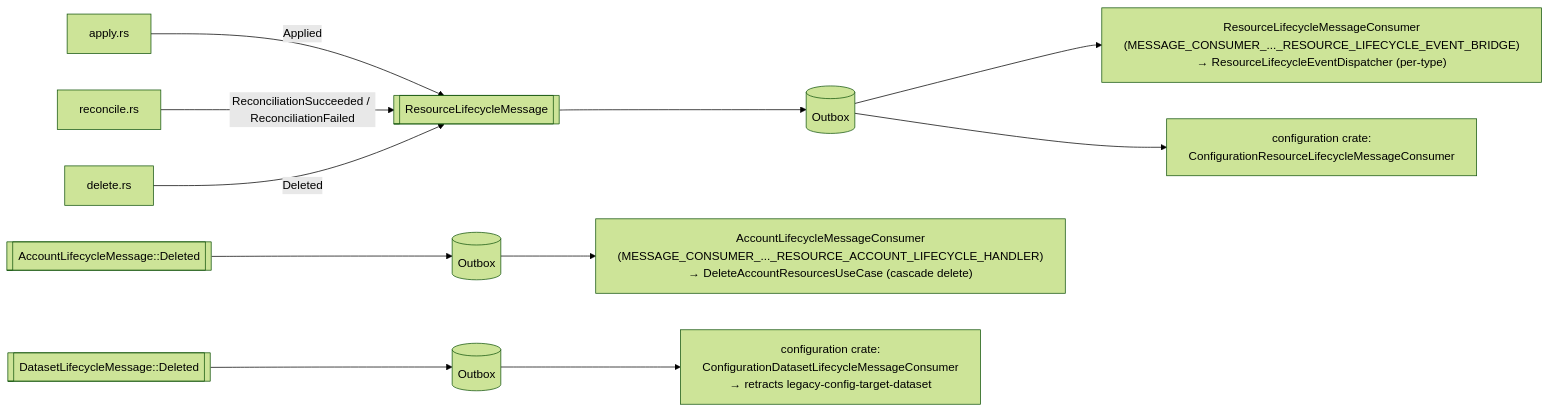
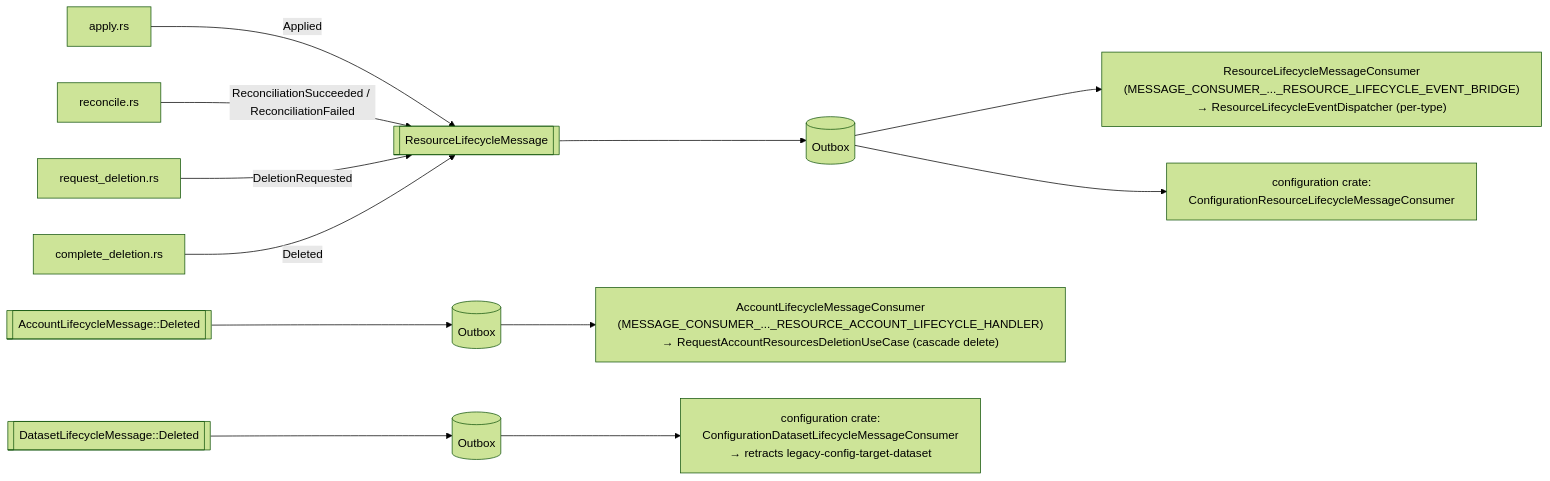
One commit to kamu-data/kamu-cli changed the fifth of 6 diagrams in docs/internal/resources-framework.md. Above: the diagram before and after it, drawn with Mermaid (forest theme). The commit also changed other lines of this file and 213 other files, not shown here.

First line of the commit message:
Resource deletion now takes two steps, following ODF v0.42.1 (Resource Framework § Phases).

````diff
--- a/docs/internal/resources-framework.md
+++ b/docs/internal/resources-framework.md
@@ -1311,17 +1413,18 @@
 ```mermaid
 flowchart LR
     APPLY["apply.rs"] -->|Applied| MSG[["ResourceLifecycleMessage"]]
     REC["reconcile.rs"] -->|ReconciliationSucceeded / ReconciliationFailed| MSG
-    DEL["delete.rs"] -->|Deleted| MSG
+    DEL["request_deletion.rs"] -->|DeletionRequested| MSG
+    COMP["complete_deletion.rs"] -->|Deleted| MSG
 
     MSG --> OB[("Outbox")]
 
     OB --> BRIDGE["ResourceLifecycleMessageConsumer<br/>(MESSAGE_CONSUMER_..._RESOURCE_LIFECYCLE_EVENT_BRIDGE)<br/>→ ResourceLifecycleEventDispatcher (per-type)"]
     OB --> CFG["configuration crate:<br/>ConfigurationResourceLifecycleMessageConsumer"]
 
     ACC[["AccountLifecycleMessage::Deleted"]] --> OB2[("Outbox")]
-    OB2 --> ACCH["AccountLifecycleMessageConsumer<br/>(MESSAGE_CONSUMER_..._RESOURCE_ACCOUNT_LIFECYCLE_HANDLER)<br/>→ DeleteAccountResourcesUseCase (cascade delete)"]
+    OB2 --> ACCH["AccountLifecycleMessageConsumer<br/>(MESSAGE_CONSUMER_..._RESOURCE_ACCOUNT_LIFECYCLE_HANDLER)<br/>→ RequestAccountResourcesDeletionUseCase (cascade delete)"]
 
     DS[["DatasetLifecycleMessage::Deleted"]] --> OB3[("Outbox")]
     OB3 --> DSH["configuration crate:<br/>ConfigurationDatasetLifecycleMessageConsumer<br/>→ retracts legacy-config-target-dataset"]
 ```
````
